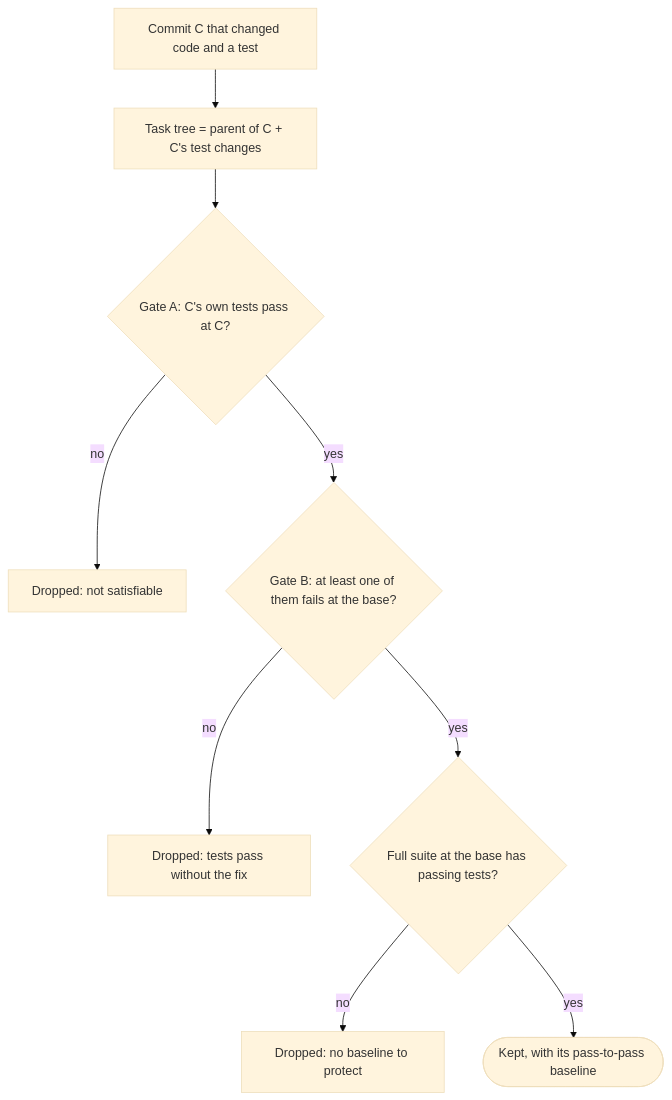
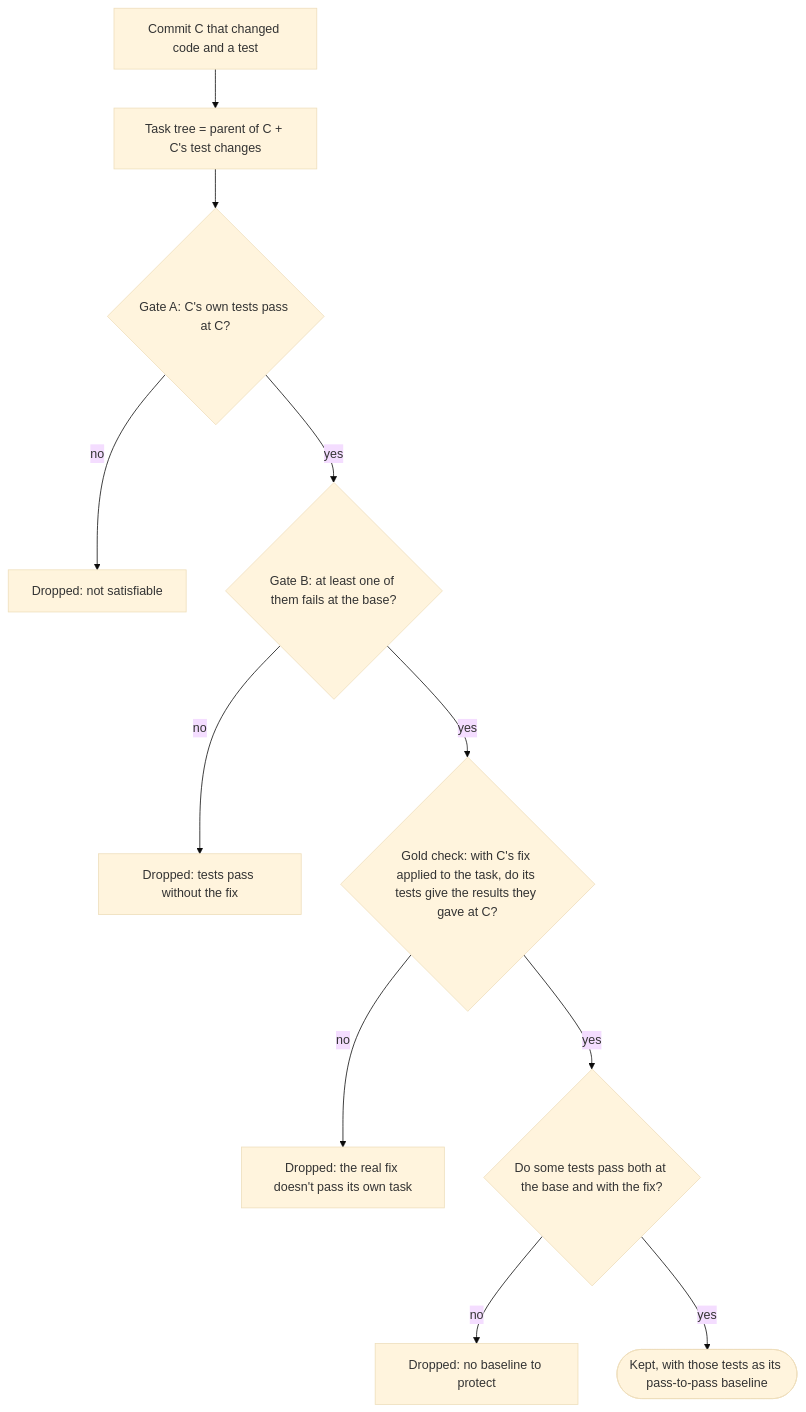
One commit to pockanoodles/Mahoraga changed the second of 4 diagrams in README.md. Above: the diagram before and after it, drawn with Mermaid (base theme). The commit also changed other lines of this file and 5 other files, not shown here.

````diff
--- a/README.md
+++ b/README.md
@@ -62,11 +77,13 @@
 ```mermaid
 flowchart TD
     C[Commit C that changed code and a test] --> Base["Task tree = parent of C + C's test changes"]
     Base --> A{"Gate A: C's own tests pass at C?"}
     A -- no --> D1[Dropped: not satisfiable]
     A -- yes --> B{"Gate B: at least one of them fails at the base?"}
     B -- no --> D2[Dropped: tests pass without the fix]
-    B -- yes --> P{"Full suite at the base has passing tests?"}
+    B -- yes --> G{"Gold check: with C's fix applied to the task, do its tests give the results they gave at C?"}
+    G -- no --> D4[Dropped: the real fix doesn't pass its own task]
+    G -- yes --> P{"Do some tests pass both at the base and with the fix?"}
     P -- no --> D3[Dropped: no baseline to protect]
-    P -- yes --> K([Kept, with its pass-to-pass baseline])
+    P -- yes --> K([Kept, with those tests as its pass-to-pass baseline])
 ```
````
